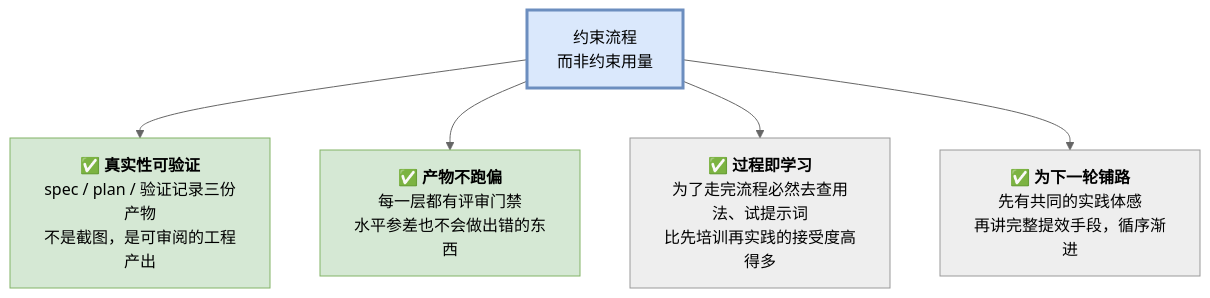
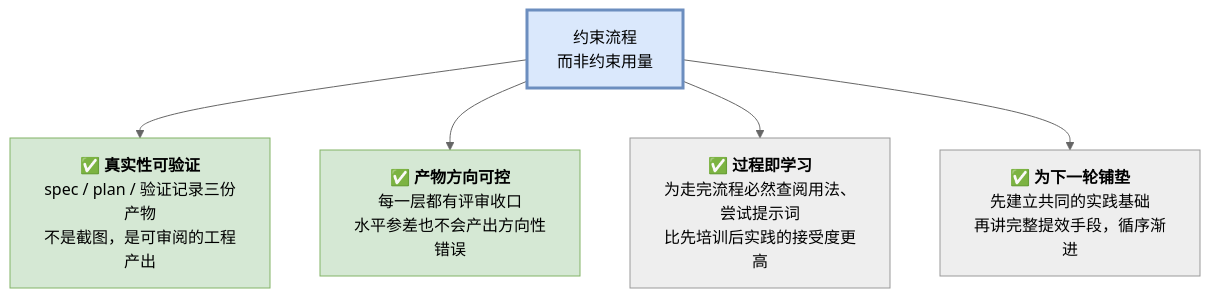
The first of 7 diagrams in 全员认知培训/研发AI提效落地方案·流程先行（试行）.md (Woaini654321/efficiency-improvement), drawn with Mermaid (neutral theme) before and after one commit. The commit also changed other lines of this file, not shown here.

````diff
--- a/全员认知培训/研发AI提效落地方案·流程先行（试行）.md
+++ b/全员认知培训/研发AI提效落地方案·流程先行（试行）.md
@@ -24,11 +24,11 @@
 ```mermaid
 flowchart TD
     C["约束流程<br/>而非约束用量"]
     C --> R1["✅ <b>真实性可验证</b><br/>spec / plan / 验证记录三份产物<br/>不是截图，是可审阅的工程产出"]
-    C --> R2["✅ <b>产物不跑偏</b><br/>每一层都有评审门禁<br/>水平参差也不会做出错的东西"]
-    C --> R3["✅ <b>过程即学习</b><br/>为了走完流程必然去查用法、试提示词<br/>比先培训再实践的接受度高得多"]
-    C --> R4["✅ <b>为下一轮铺路</b><br/>先有共同的实践体感<br/>再讲完整提效手段，循序渐进"]
+    C --> R2["✅ <b>产物方向可控</b><br/>每一层都有评审收口<br/>水平参差也不会产出方向性错误"]
+    C --> R3["✅ <b>过程即学习</b><br/>为走完流程必然查阅用法、尝试提示词<br/>比先培训后实践的接受度更高"]
+    C --> R4["✅ <b>为下一轮铺垫</b><br/>先建立共同的实践基础<br/>再讲完整提效手段，循序渐进"]
     style C fill:#dae8fc,stroke:#6c8ebf,stroke-width:3px
     style R1 fill:#d5e8d4,stroke:#82b366
     style R2 fill:#d5e8d4,stroke:#82b366
 ```
````
